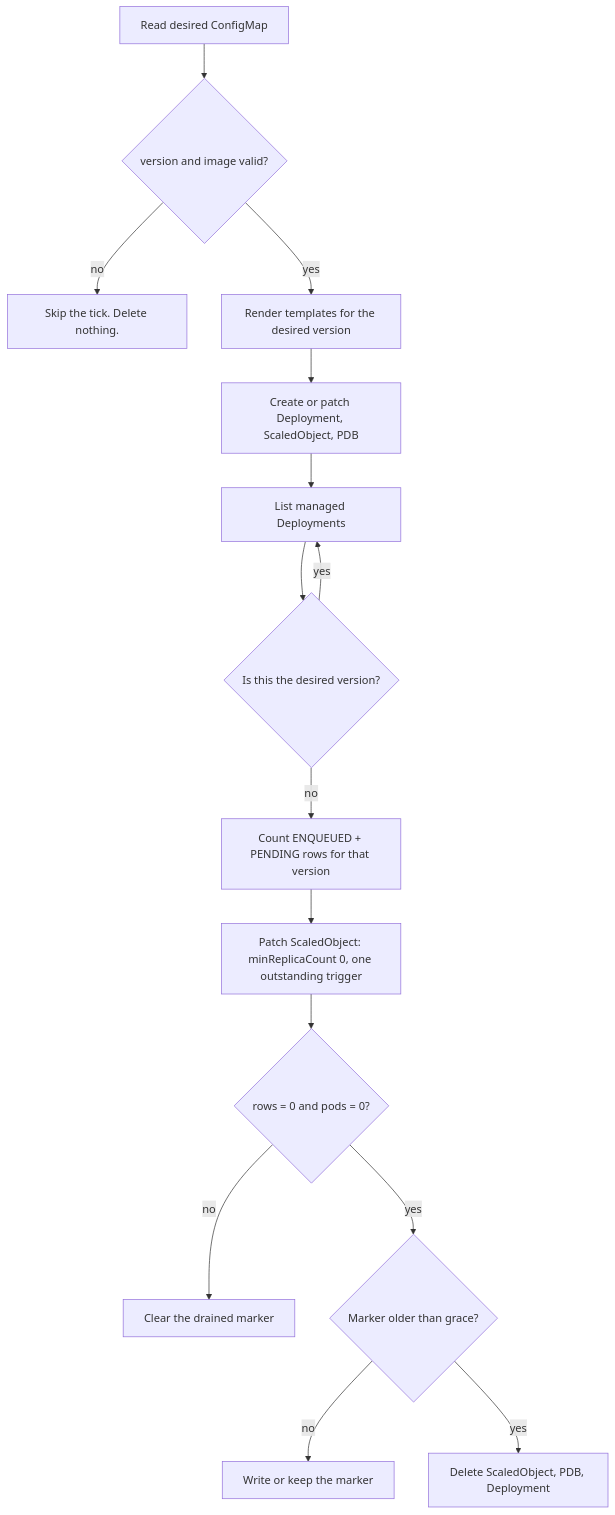
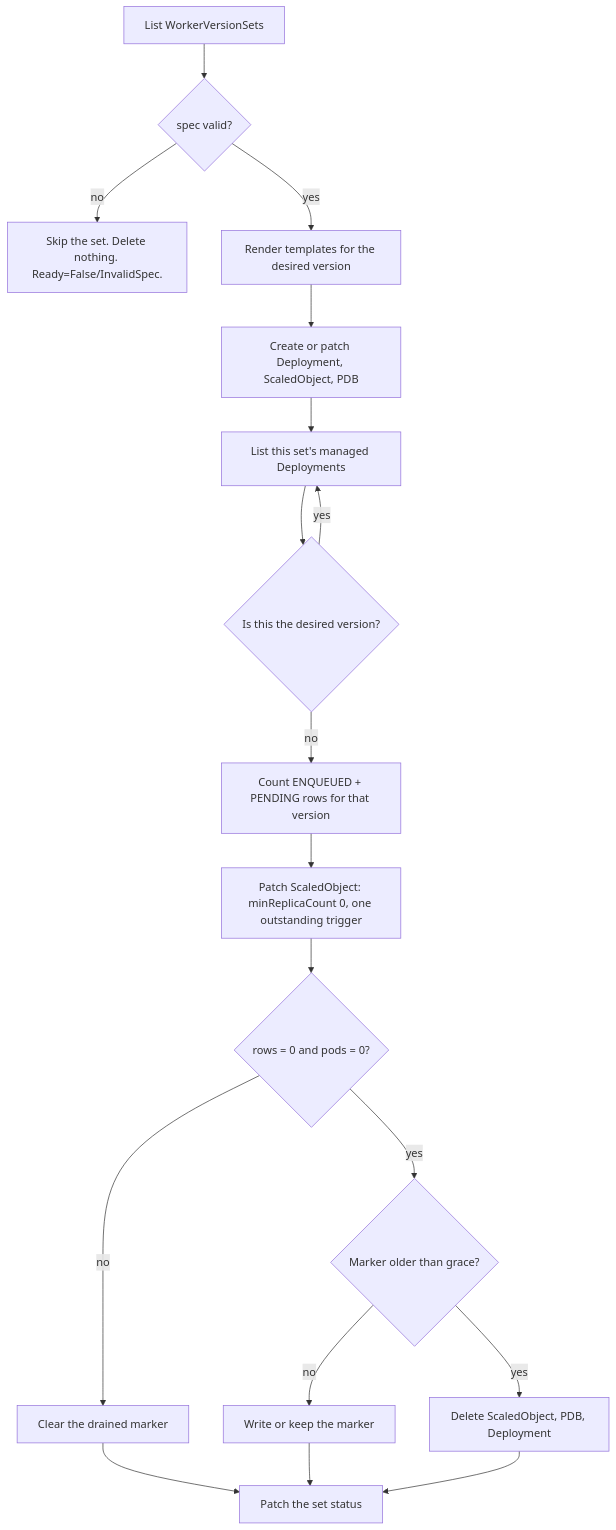
One commit to trustle/dbos-version-controller changed the diagram in README.md. Above: the diagram before and after it, drawn with Mermaid. The commit also changed other lines of this file and 13 other files, not shown here.

First line of the commit message:
Replace the desired/template ConfigMaps with a WorkerVersionSet CRD

````diff
--- a/README.md
+++ b/README.md
@@ -51,17 +59,20 @@
 ```mermaid
 flowchart TD
-    A[Read desired ConfigMap] --> B{version and image valid?}
-    B -- no --> Z[Skip the tick. Delete nothing.]
+    A[List WorkerVersionSets] --> B{spec valid?}
+    B -- no --> Z[Skip the set. Delete nothing. Ready=False/InvalidSpec.]
     B -- yes --> C[Render templates for the desired version]
     C --> D[Create or patch Deployment, ScaledObject, PDB]
-    D --> E[List managed Deployments]
+    D --> E[List this set's managed Deployments]
     E --> F{Is this the desired version?}
     F -- yes --> E
     F -- no --> G[Count ENQUEUED + PENDING rows for that version]
     G --> H[Patch ScaledObject: minReplicaCount 0, one outstanding trigger]
     H --> I{rows = 0 and pods = 0?}
     I -- no --> J[Clear the drained marker]
     I -- yes --> K{Marker older than grace?}
     K -- no --> L[Write or keep the marker]
     K -- yes --> M[Delete ScaledObject, PDB, Deployment]
+    J --> N[Patch the set status]
+    L --> N
+    M --> N
 ```
````
